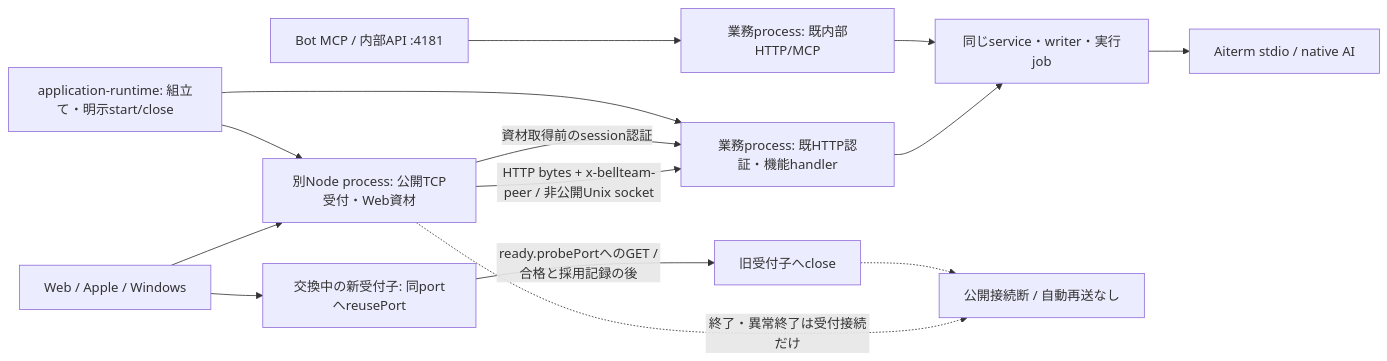
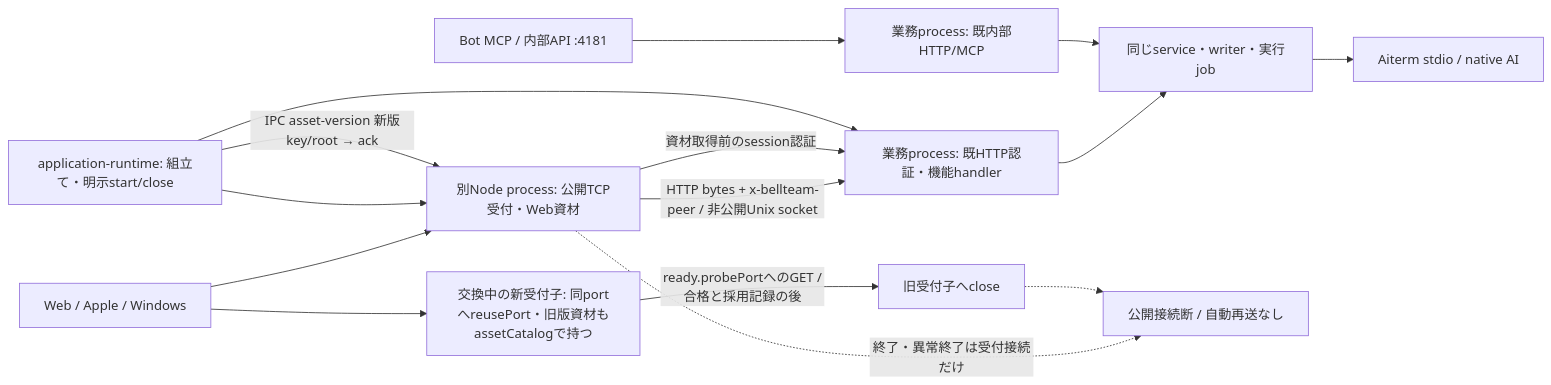
Before and after one commit to kitepon/BellTeam: diagram 12 of 44 in docs/architecture/modules/integration/README.md, drawn with Mermaid. The commit also changed other lines of this file and 5 other files, not shown here.

First line of the commit message:
t20 #1510: both gateway children resolve both asset generations during the overlap

````diff
--- a/docs/architecture/modules/integration/README.md
+++ b/docs/architecture/modules/integration/README.md
@@ -282,16 +282,17 @@
 ```mermaid
 flowchart LR
   Browser[Web / Apple / Windows] --> Gateway[別Node process: 公開TCP受付・Web資材]
   Gateway -->|HTTP bytes + x-bellteam-peer / 非公開Unix socket| HTTP[業務process: 既HTTP認証・機能handler]
   Gateway -->|資材取得前のsession認証| HTTP
   Seat[Bot MCP / 内部API :4181] --> Internal[業務process: 既内部HTTP/MCP]
   HTTP --> Services[同じservice・writer・実行job]
   Internal --> Services
   Services --> Native[Aiterm stdio / native AI]
   Assembly[application-runtime: 組立て・明示start/close] --> Gateway
   Assembly --> HTTP
   Gateway -. 終了・異常終了は受付接続だけ .-> Disconnected[公開接続断 / 自動再送なし]
-  Browser --> Next[交換中の新受付子: 同portへreusePort]
+  Assembly -->|IPC asset-version 新版key/root → ack| Gateway
+  Browser --> Next[交換中の新受付子: 同portへreusePort・旧版資材もassetCatalogで持つ]
   Next -->|ready.probePortへのGET /合格と採用記録の後| OldClose[旧受付子へclose]
   OldClose -.-> Disconnected
 ```
````
